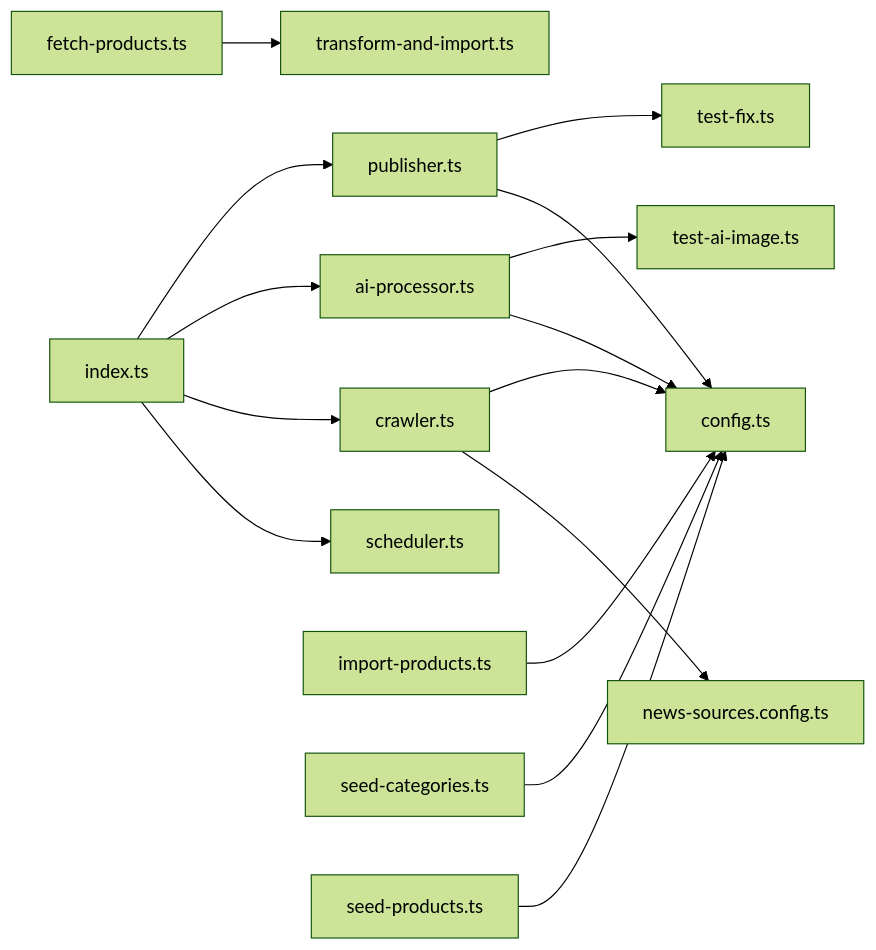
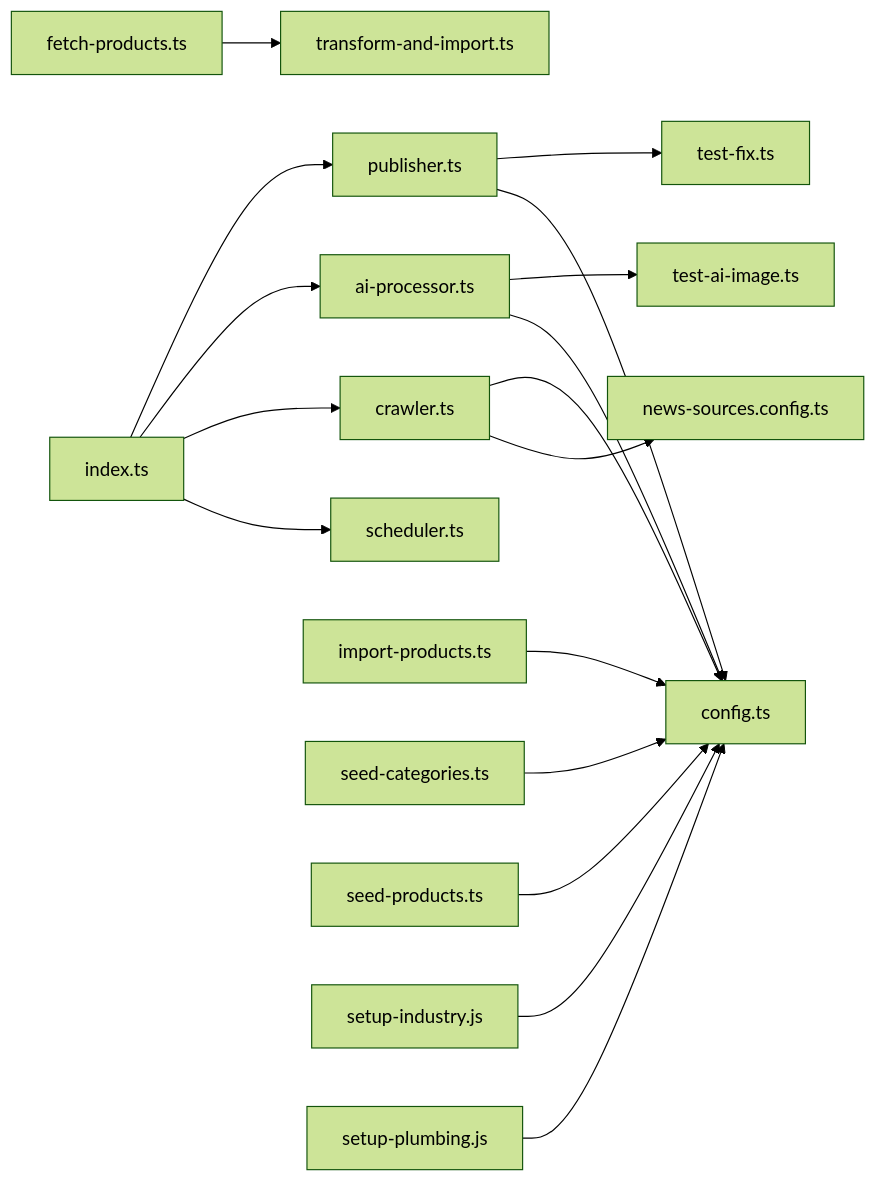
Diagram 12 of 12 in .qoder/repowiki/zh/content/自动化工具/自动化工具.md (waltzhan/LEDTrade), drawn with Mermaid (forest theme) before and after one commit. The commit also changed other lines of this file and 20 other files, not shown here.

````diff
--- a/.qoder/repowiki/zh/content/自动化工具/自动化工具.md
+++ b/.qoder/repowiki/zh/content/自动化工具/自动化工具.md
@@ -411,17 +604,19 @@
 ```mermaid
 graph LR
 IDX["index.ts"] --> SCH["scheduler.ts"]
 IDX --> CR["crawler.ts"]
 IDX --> AI["ai-processor.ts"]
 IDX --> PUB["publisher.ts"]
 CR --> SRC["news-sources.config.ts"]
 CR --> CFG["config.ts"]
 AI --> CFG
 PUB --> CFG
 FP["fetch-products.ts"] --> TAI["transform-and-import.ts"]
 IP["import-products.ts"] --> CFG
 SCAT["seed-categories.ts"] --> CFG
 SPROD["seed-products.ts"] --> CFG
+IND["setup-industry.js"] --> CFG
+PLUMB["setup-plumbing.js"] --> CFG
 AI --> TSTAI["test-ai-image.ts"]
 PUB --> TSTFIX["test-fix.ts"]
 ```
````
